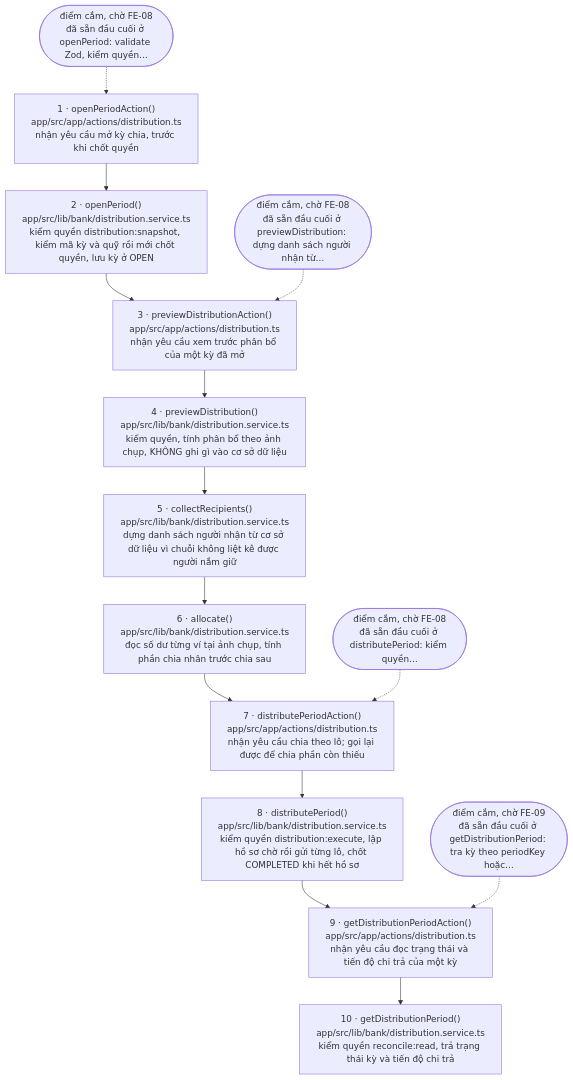
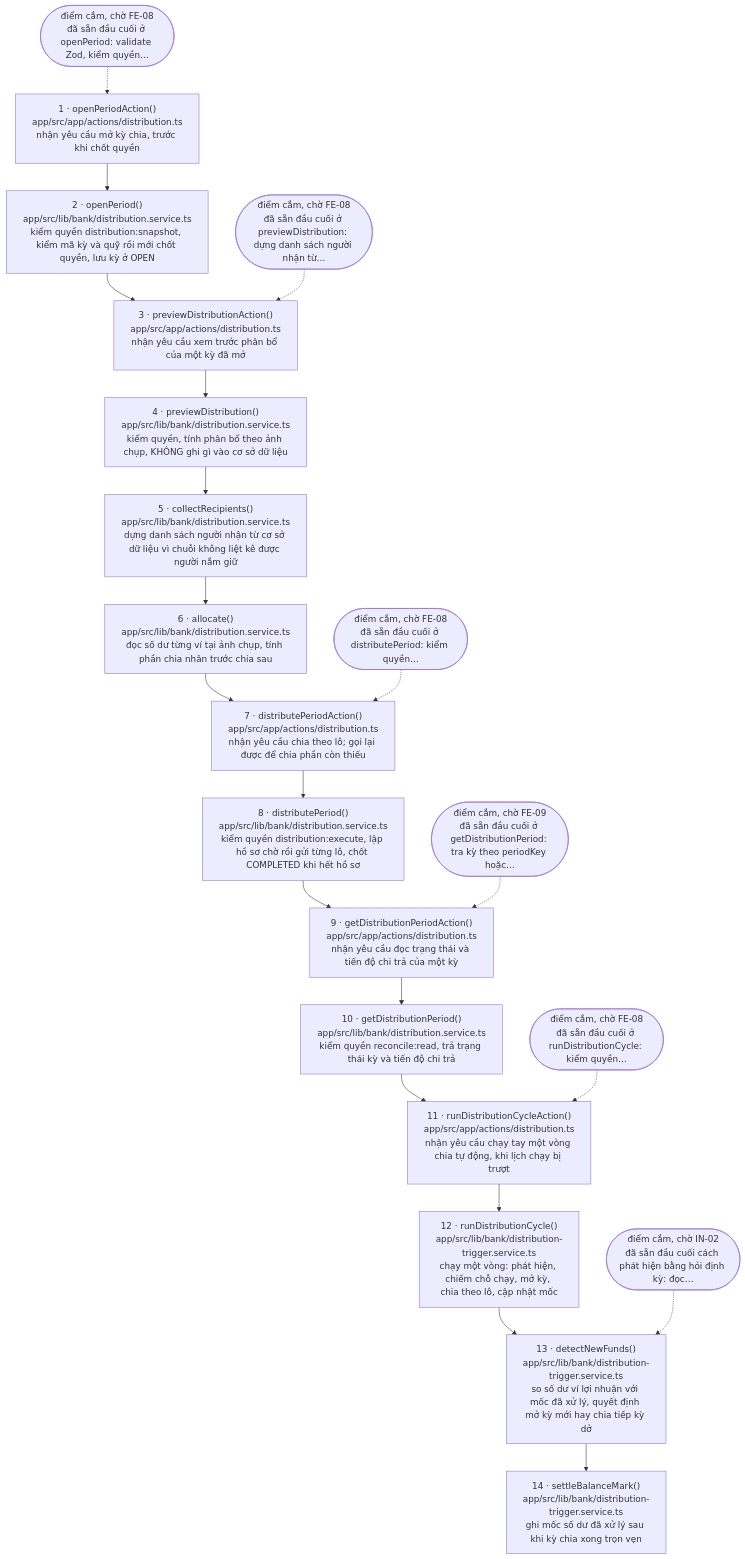
Before and after one commit to tuannino/bidv-rwa-tokenize: the diagram in docs/flows/distribute.md, drawn with Mermaid. The commit also changed other lines of this file and 1 other file, not shown here.

First line of the commit message:
docs(be-07): sinh lại sơ đồ luồng distribute và mục điểm cắm

````diff
--- a/docs/flows/distribute.md
+++ b/docs/flows/distribute.md
@@ -20,30 +21,42 @@
 ```mermaid
 flowchart TD
   s1["1 · openPeriodAction()<br/>app/src/app/actions/distribution.ts<br/>nhận yêu cầu mở kỳ chia, trước khi chốt quyền"]
   s2["2 · openPeriod()<br/>app/src/lib/bank/distribution.service.ts<br/>kiểm quyền distribution:snapshot, kiểm mã kỳ và quỹ rồi mới chốt quyền, lưu kỳ ở OPEN"]
   s3["3 · previewDistributionAction()<br/>app/src/app/actions/distribution.ts<br/>nhận yêu cầu xem trước phân bổ của một kỳ đã mở"]
   s4["4 · previewDistribution()<br/>app/src/lib/bank/distribution.service.ts<br/>kiểm quyền, tính phân bổ theo ảnh chụp, KHÔNG ghi gì vào cơ sở dữ liệu"]
   s5["5 · collectRecipients()<br/>app/src/lib/bank/distribution.service.ts<br/>dựng danh sách người nhận từ cơ sở dữ liệu vì chuỗi không liệt kê được người nắm giữ"]
   s6["6 · allocate()<br/>app/src/lib/bank/distribution.service.ts<br/>đọc số dư từng ví tại ảnh chụp, tính phần chia nhân trước chia sau"]
   s7["7 · distributePeriodAction()<br/>app/src/app/actions/distribution.ts<br/>nhận yêu cầu chia theo lô; gọi lại được để chia phần còn thiếu"]
   s8["8 · distributePeriod()<br/>app/src/lib/bank/distribution.service.ts<br/>kiểm quyền distribution:execute, lập hồ sơ chờ rồi gửi từng lô, chốt COMPLETED khi hết hồ sơ"]
   s9["9 · getDistributionPeriodAction()<br/>app/src/app/actions/distribution.ts<br/>nhận yêu cầu đọc trạng thái và tiến độ chi trả của một kỳ"]
   s10["10 · getDistributionPeriod()<br/>app/src/lib/bank/distribution.service.ts<br/>kiểm quyền reconcile:read, trả trạng thái kỳ và tiến độ chi trả"]
+  s11["11 · runDistributionCycleAction()<br/>app/src/app/actions/distribution.ts<br/>nhận yêu cầu chạy tay một vòng chia tự động, khi lịch chạy bị trượt"]
+  s12["12 · runDistributionCycle()<br/>app/src/lib/bank/distribution-trigger.service.ts<br/>chạy một vòng: phát hiện, chiếm chỗ chạy, mở kỳ, chia theo lô, cập nhật mốc"]
+  s13["13 · detectNewFunds()<br/>app/src/lib/bank/distribution-trigger.service.ts<br/>so số dư ví lợi nhuận với mốc đã xử lý, quyết định mở kỳ mới hay chia tiếp kỳ dở"]
+  s14["14 · settleBalanceMark()<br/>app/src/lib/bank/distribution-trigger.service.ts<br/>ghi mốc số dư đã xử lý sau khi kỳ chia xong trọn vẹn"]
   w1(["điểm cắm, chờ FE-08<br/>đã sẵn đầu cuối ở openPeriod: validate Zod, kiểm quyền…"])
   w2(["điểm cắm, chờ FE-08<br/>đã sẵn đầu cuối ở previewDistribution: dựng danh sách người nhận từ…"])
   w3(["điểm cắm, chờ FE-08<br/>đã sẵn đầu cuối ở distributePeriod: kiểm quyền…"])
   w4(["điểm cắm, chờ FE-09<br/>đã sẵn đầu cuối ở getDistributionPeriod: tra kỳ theo periodKey hoặc…"])
+  w5(["điểm cắm, chờ FE-08<br/>đã sẵn đầu cuối ở runDistributionCycle: kiểm quyền…"])
+  w6(["điểm cắm, chờ IN-02<br/>đã sẵn đầu cuối cách phát hiện bằng hỏi định kỳ: đọc…"])
   s1 --> s2
   s2 --> s3
   s3 --> s4
   s4 --> s5
   s5 --> s6
   s6 --> s7
   s7 --> s8
   s8 --> s9
   s9 --> s10
+  s10 --> s11
+  s11 --> s12
+  s12 --> s13
+  s13 --> s14
   w1 -.-> s1
   w2 -.-> s3
   w3 -.-> s7
   w4 -.-> s9
+  w5 -.-> s11
+  w6 -.-> s13
 ```
````
